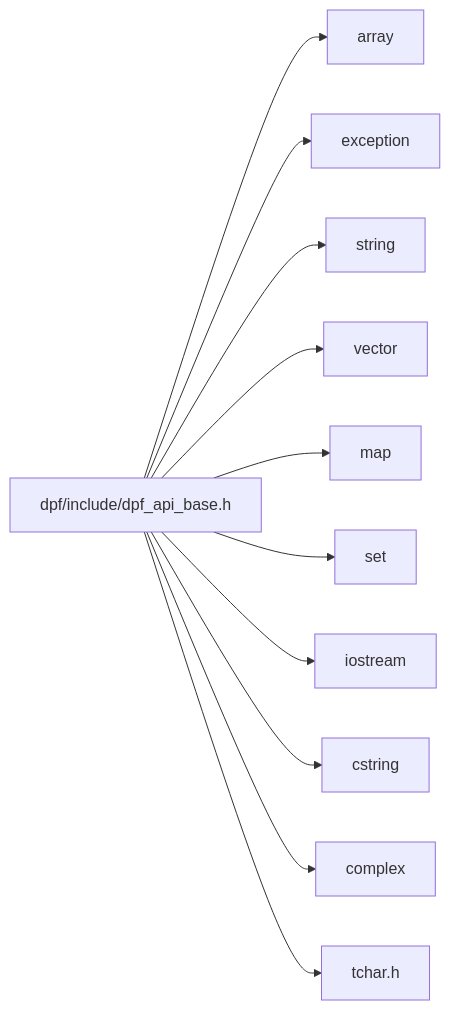
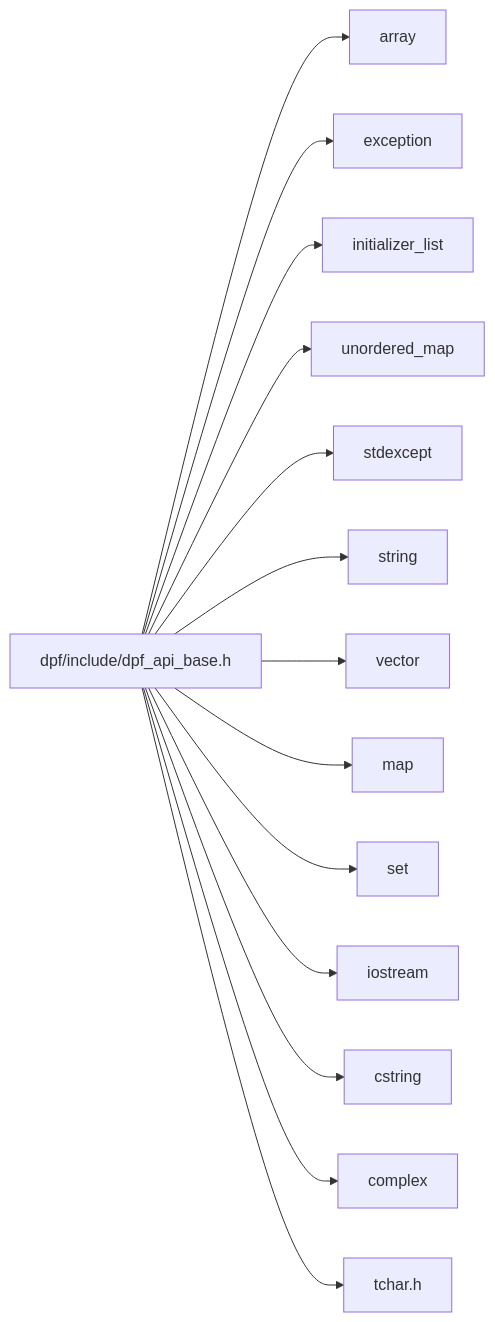
The diagram in docs/dpf/dpf-client-cpp/versions/2027.R1.SP00/api-reference/dpf-api-base-h.md (ansys/DevRelDocs), drawn with Mermaid before and after one commit. The commit also changed other lines of this file and 12 other files, not shown here.

````diff
--- a/docs/dpf/dpf-client-cpp/versions/2027.R1.SP00/api-reference/dpf-api-base-h.md
+++ b/docs/dpf/dpf-client-cpp/versions/2027.R1.SP00/api-reference/dpf-api-base-h.md
@@ -80,36 +86,45 @@
 ```mermaid
 graph LR
 1["dpf/include/dpf_api_base.h"]
 click 1 "dpf__api__base_8h.md#dpf__api__base_8h"
 1 --> 2
 1 --> 3
 1 --> 4
 1 --> 5
 1 --> 6
 1 --> 7
 1 --> 8
 1 --> 9
 1 --> 10
 1 --> 11
+1 --> 12
+1 --> 13
+1 --> 14
 
 2["array"]
 
-10["complex"]
+13["complex"]
 
-9["cstring"]
+12["cstring"]
 
 3["exception"]
 
-8["iostream"]
+4["initializer_list"]
 
-6["map"]
+11["iostream"]
 
-7["set"]
+9["map"]
 
-4["string"]
+10["set"]
 
-11["tchar.h"]
+6["stdexcept"]
 
-5["vector"]
+7["string"]
+
+14["tchar.h"]
+
+5["unordered_map"]
+
+8["vector"]
 
 ```
````
